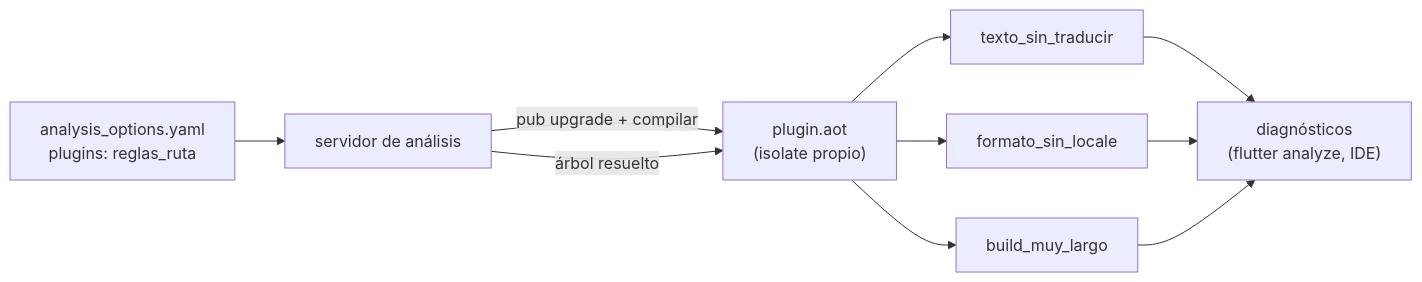
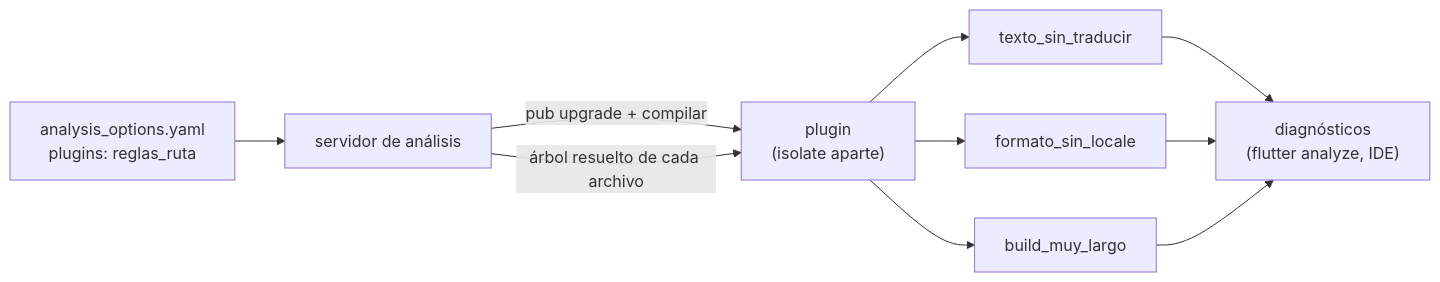
One commit to NICORUIZ93/The_Imperial_Book changed the second of 4 diagrams in web/public/content/flutter/modulo-15.md. Above: the diagram before and after it, drawn with Mermaid. The commit also changed other lines of this file and 65 other files, not shown here.

````diff
--- a/web/public/content/flutter/modulo-15.md
+++ b/web/public/content/flutter/modulo-15.md
@@ -819,12 +989,12 @@
 ```mermaid
 flowchart LR
     AO["analysis_options.yaml<br/>plugins: reglas_ruta"] --> AS["servidor de análisis"]
-    AS -->|"pub upgrade + compilar"| P["plugin.aot<br/>(isolate propio)"]
-    AS -->|"árbol resuelto"| P
+    AS -->|"pub upgrade + compilar"| P["plugin<br/>(isolate aparte)"]
+    AS -->|"árbol resuelto de cada archivo"| P
     P --> R1["texto_sin_traducir"]
     P --> R2["formato_sin_locale"]
     P --> R3["build_muy_largo"]
     R1 --> D["diagnósticos<br/>(flutter analyze, IDE)"]
     R2 --> D
     R3 --> D
 ```
````
